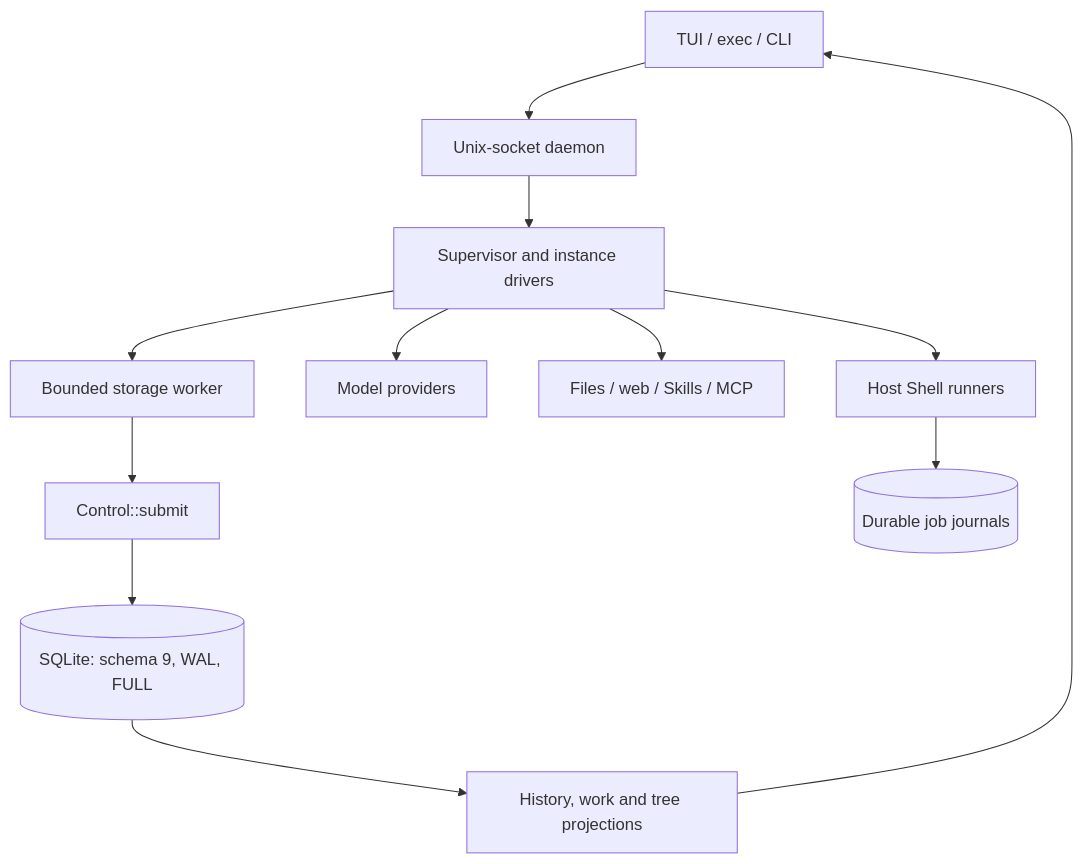
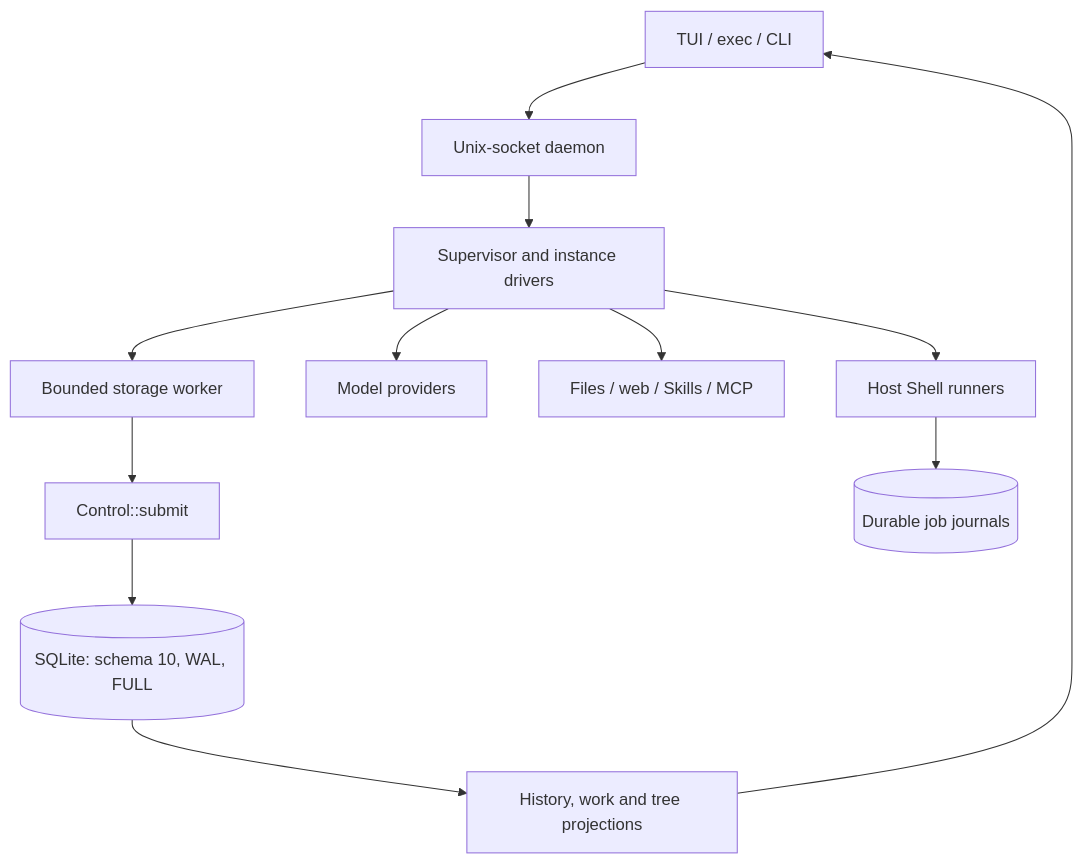
Before and after one commit to seek-hope/TeamAgents: the first of 3 diagrams in docs/ARCHITECTURE.md, drawn with Mermaid. The commit also changed other lines of this file and 65 other files, not shown here.

````diff
--- a/docs/ARCHITECTURE.md
+++ b/docs/ARCHITECTURE.md
@@ -8,17 +8,17 @@
 ```mermaid
 flowchart TB
     accTitle: TeamAgents Component Ownership
     accDescr: Clients use one daemon and one storage/control path while providers, tools and runners remain outside transactions.
 
     clients["TUI / exec / CLI"] --> daemon["Unix-socket daemon"]
     daemon --> supervisor["Supervisor and instance drivers"]
     supervisor --> storage["Bounded storage worker"]
     storage --> control["Control::submit"]
-    control --> database[("SQLite: schema 9, WAL, FULL")]
+    control --> database[("SQLite: schema 10, WAL, FULL")]
     supervisor --> providers["Model providers"]
     supervisor --> tools["Files / web / Skills / MCP"]
     supervisor --> runners["Host Shell runners"]
     runners --> journals[("Durable job journals")]
     database --> views["History, work and tree projections"]
     views --> clients
 ```
````
